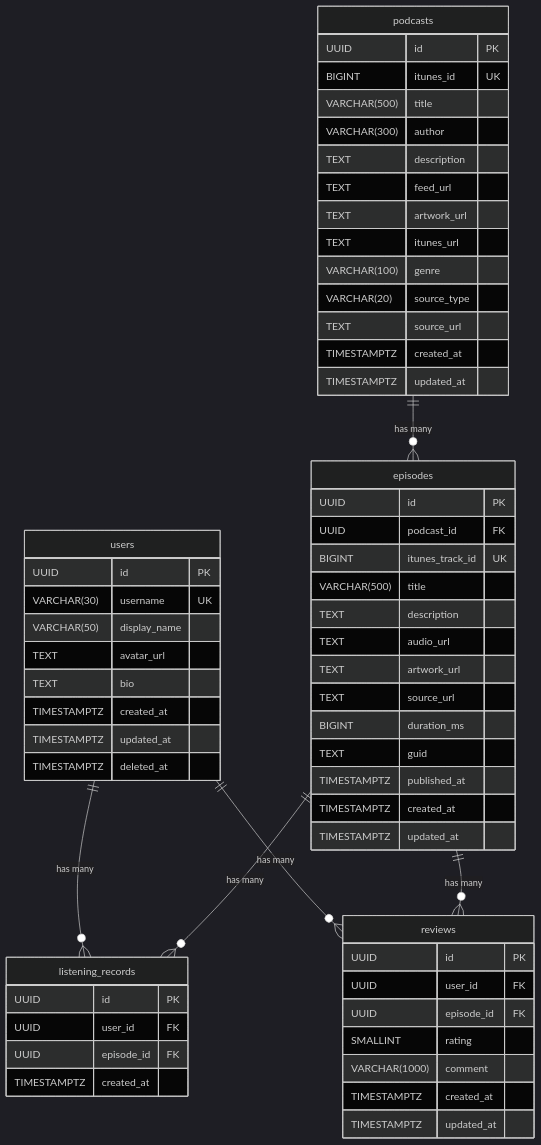
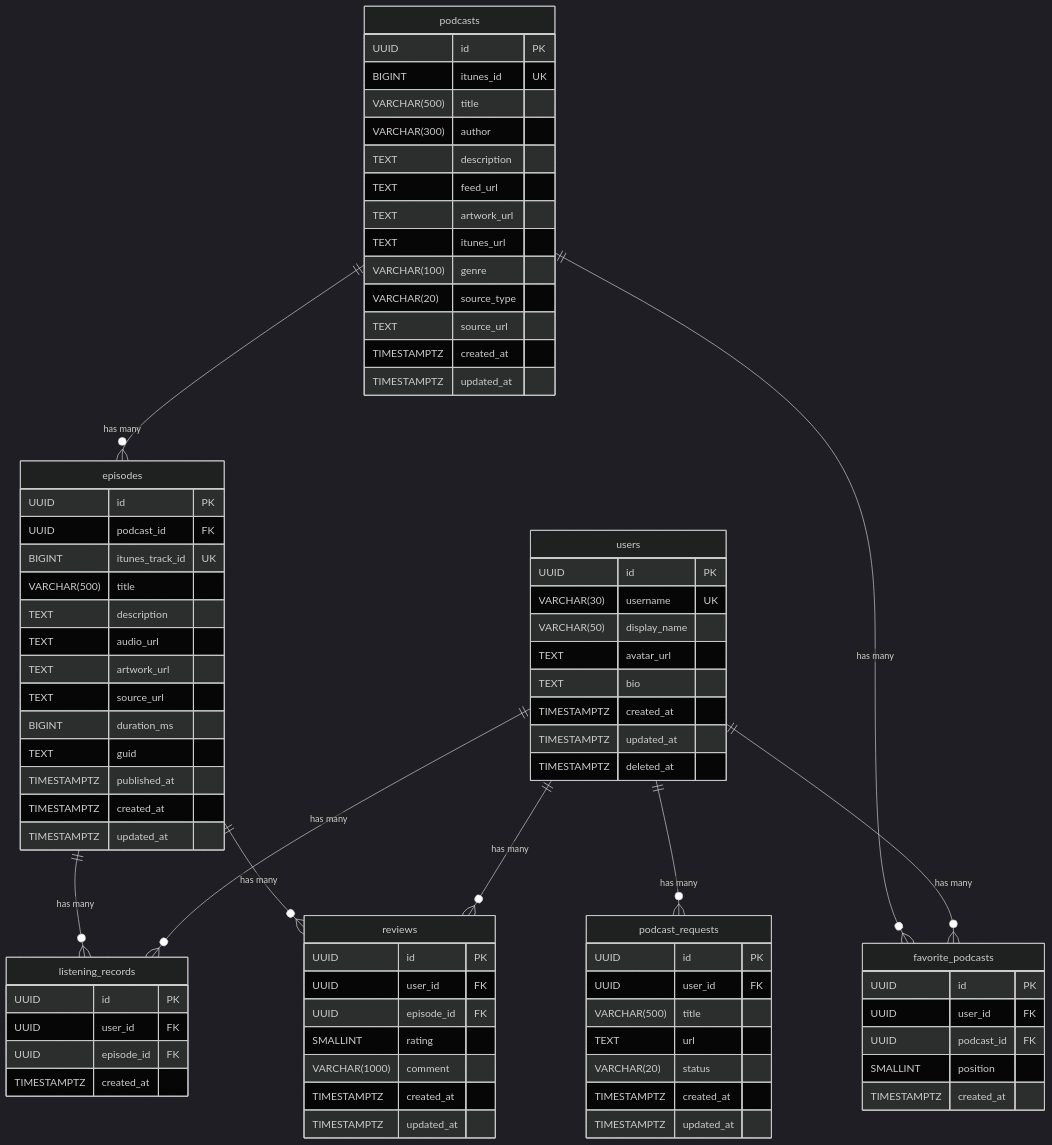
Before and after one commit to Koseeee-27/podlog: the diagram in backend/docs/database.md, drawn with Mermaid (dark theme). The commit also changed other lines of this file and 3 other files, not shown here.

````diff
--- a/backend/docs/database.md
+++ b/backend/docs/database.md
@@ -64,9 +64,30 @@
         TIMESTAMPTZ updated_at
     }
 
+    favorite_podcasts {
+        UUID id PK
+        UUID user_id FK
+        UUID podcast_id FK
+        SMALLINT position
+        TIMESTAMPTZ created_at
+    }
+
+    podcast_requests {
+        UUID id PK
+        UUID user_id FK
+        VARCHAR(500) title
+        TEXT url
+        VARCHAR(20) status
+        TIMESTAMPTZ created_at
+        TIMESTAMPTZ updated_at
+    }
+
     podcasts ||--o{ episodes : "has many"
     users ||--o{ listening_records : "has many"
     episodes ||--o{ listening_records : "has many"
     users ||--o{ reviews : "has many"
     episodes ||--o{ reviews : "has many"
+    users ||--o{ favorite_podcasts : "has many"
+    podcasts ||--o{ favorite_podcasts : "has many"
+    users ||--o{ podcast_requests : "has many"
 ```
````
